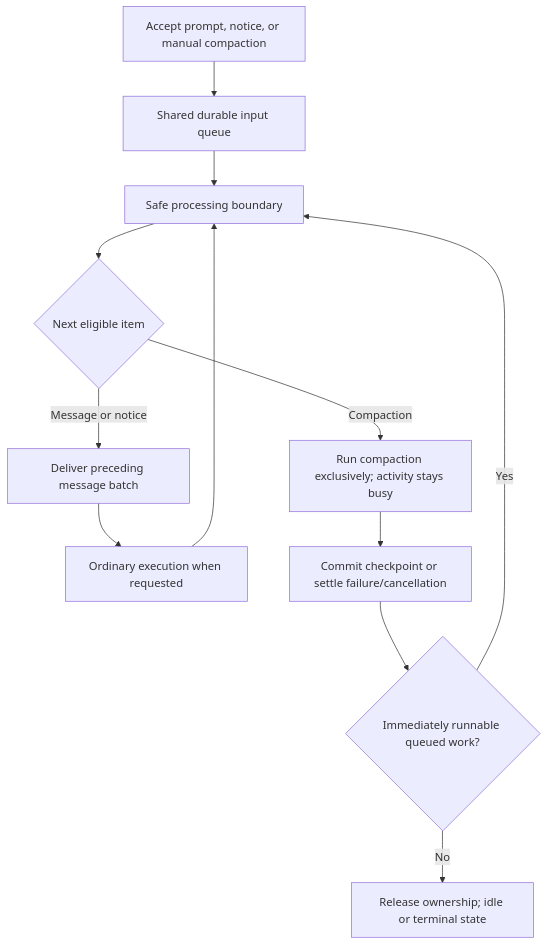
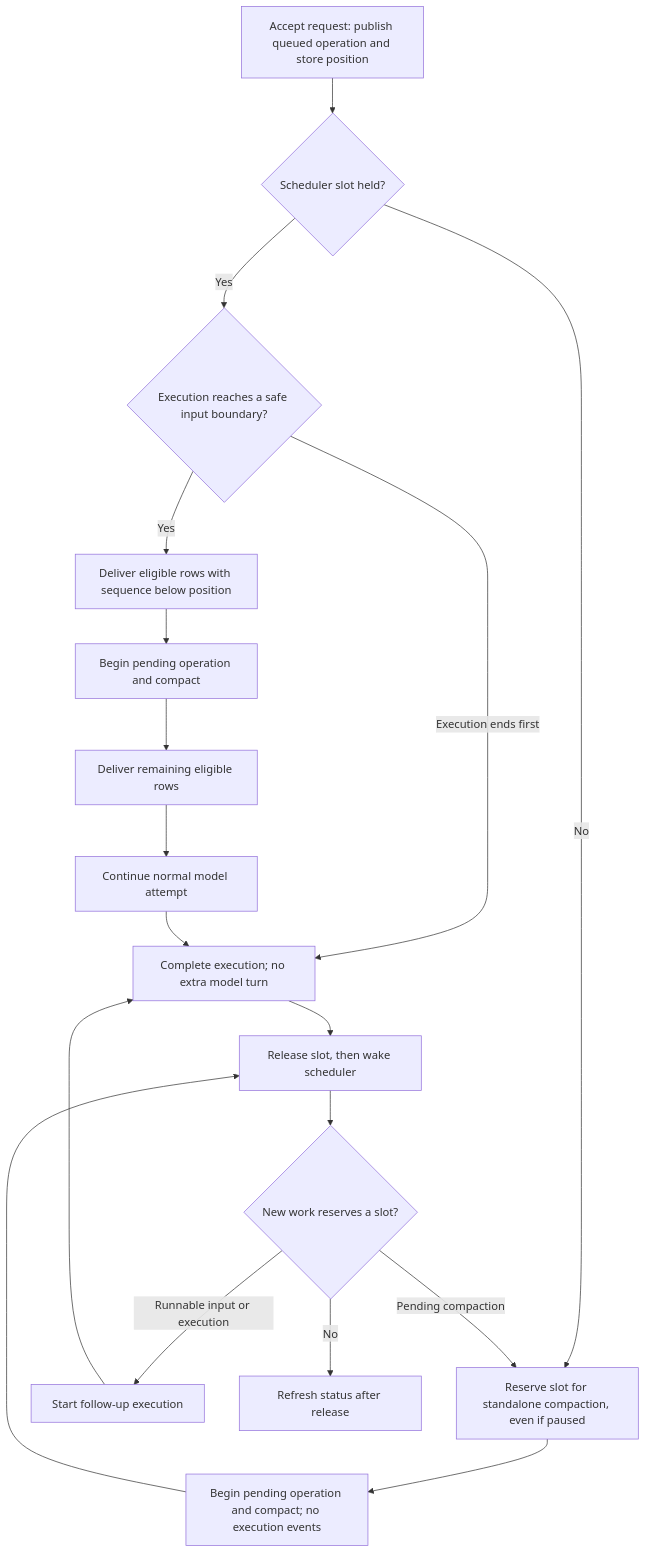
Before and after one commit to ThilinaTLM/nerve: the diagram in docs/proposals/queued-compaction.md, drawn with Mermaid. The commit also changed other lines of this file and 29 other files, not shown here.

First line of the commit message:
feat(conversation-core): queue manual compaction at the next input boundary

````diff
--- a/docs/proposals/queued-compaction.md
+++ b/docs/proposals/queued-compaction.md
@@ -60,14 +62,20 @@
 ```mermaid
 flowchart TD
-    A[Accept prompt, notice, or manual compaction] --> Q[Shared durable input queue]
-    Q --> B[Safe processing boundary]
-    B --> K{Next eligible item}
-    K -->|Message or notice| D[Deliver preceding message batch]
-    D --> R[Ordinary execution when requested]
-    R --> B
-    K -->|Compaction| C[Run compaction exclusively; activity stays busy]
-    C --> S[Commit checkpoint or settle failure/cancellation]
-    S --> N{Immediately runnable queued work?}
-    N -->|Yes| B
-    N -->|No| I[Release ownership; idle or terminal state]
+    R[Accept request: publish queued operation and store position] --> S{Scheduler slot held?}
+    S -->|Yes| B{Execution reaches a safe input boundary?}
+    B -->|Yes| A[Deliver eligible rows with sequence below position]
+    A --> C[Begin pending operation and compact]
+    C --> D[Deliver remaining eligible rows]
+    D --> M[Continue normal model attempt]
+    B -->|Execution ends first| E[Complete execution; no extra model turn]
+    S -->|No| P[Reserve slot for standalone compaction, even if paused]
+    P --> C2[Begin pending operation and compact; no execution events]
+    M --> E
+    E --> F[Release slot, then wake scheduler]
+    C2 --> F
+    F --> N{New work reserves a slot?}
+    N -->|Pending compaction| P
+    N -->|Runnable input or execution| X[Start follow-up execution]
+    X --> E
+    N -->|No| I[Refresh status after release]
 ```
````
